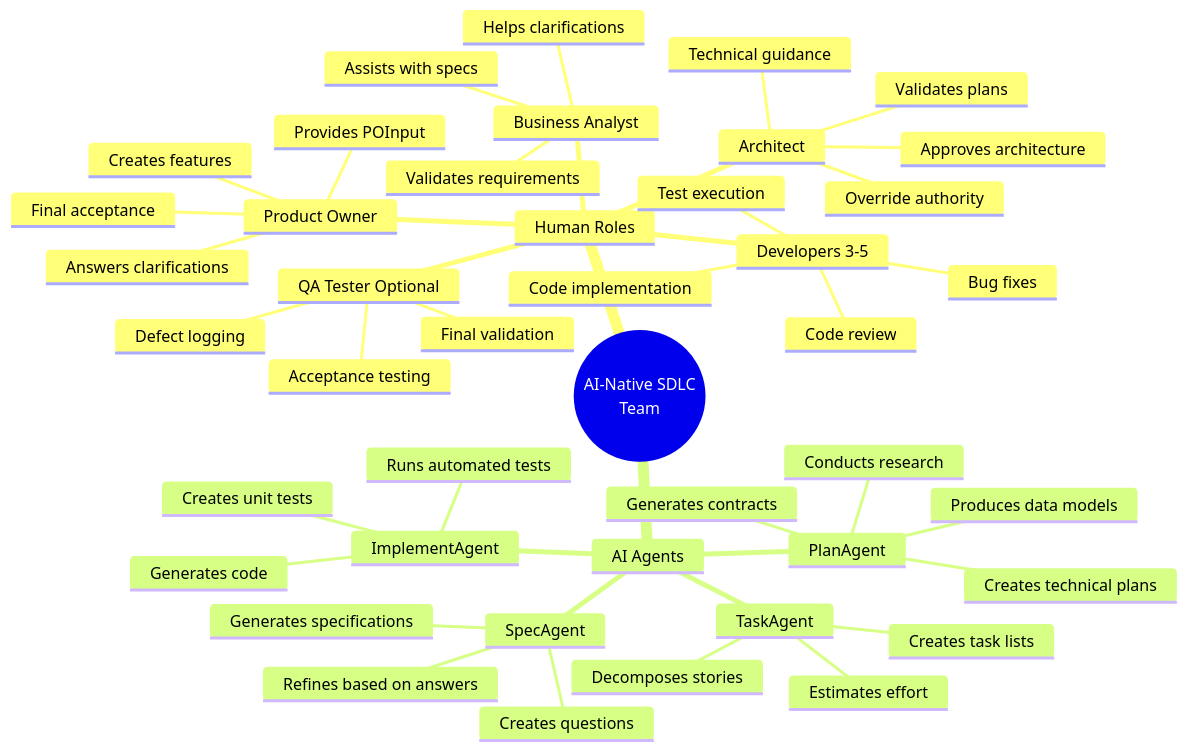
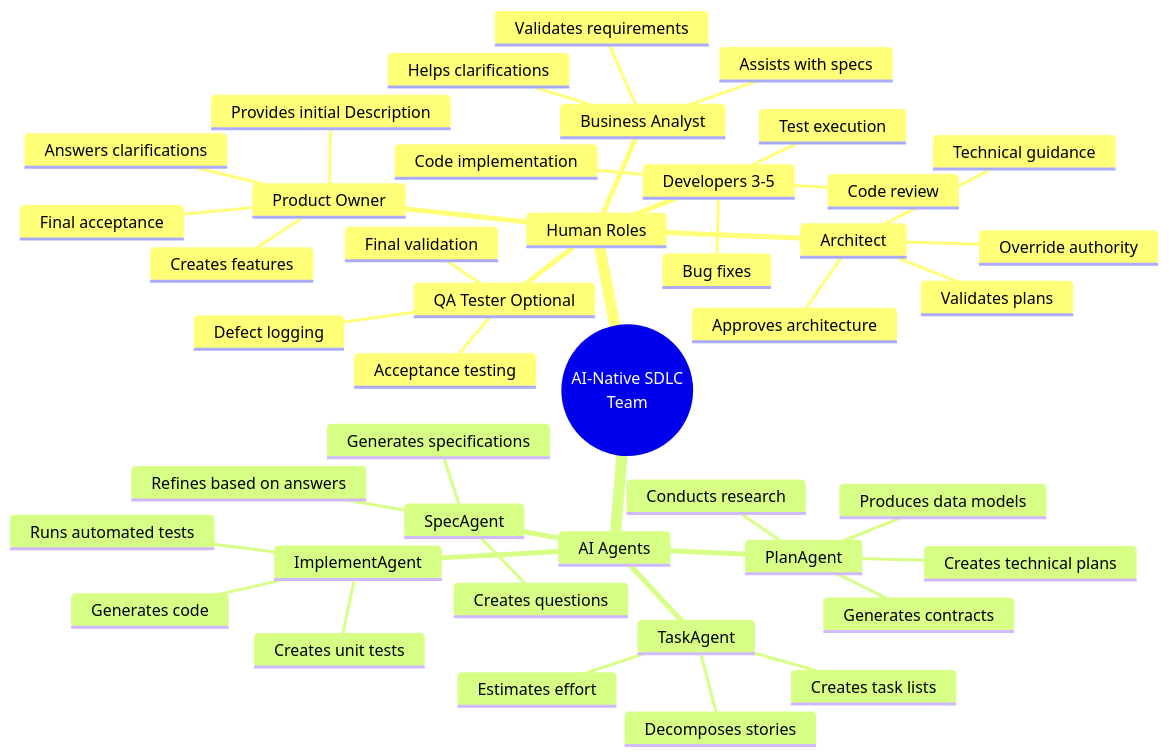
Before and after one commit to agzyamov/ai-native-sdlc: the diagram in docs/diagrams/08-team-structure.md, drawn with Mermaid. The commit also changed 31 other files, not shown here.

First line of the commit message:
chore: archive Copilot workflows, remove generated artifacts, and simplify docs/diagrams

```diff
--- a/docs/diagrams/08-team-structure.md
+++ b/docs/diagrams/08-team-structure.md
@@ -3,46 +3,46 @@
 ::: mermaid
 mindmap
   root((AI-Native SDLC<br/>Team))
     Human Roles
       Product Owner
         Creates features
-        Provides POInput
+        Provides initial Description
         Answers clarifications
         Final acceptance
       Business Analyst
         Assists with specs
         Helps clarifications
         Validates requirements
       Architect
         Technical guidance
         Validates plans
         Approves architecture
         Override authority
       Developers 3-5
         Code implementation
         Test execution
         Bug fixes
         Code review
       QA Tester Optional
         Final validation
         Acceptance testing
         Defect logging
     AI Agents
       SpecAgent
         Generates specifications
         Creates questions
         Refines based on answers
       PlanAgent
         Creates technical plans
         Generates contracts
         Produces data models
         Conducts research
       TaskAgent
         Decomposes stories
         Creates task lists
         Estimates effort
       ImplementAgent
         Generates code
         Creates unit tests
         Runs automated tests
 :::
```
